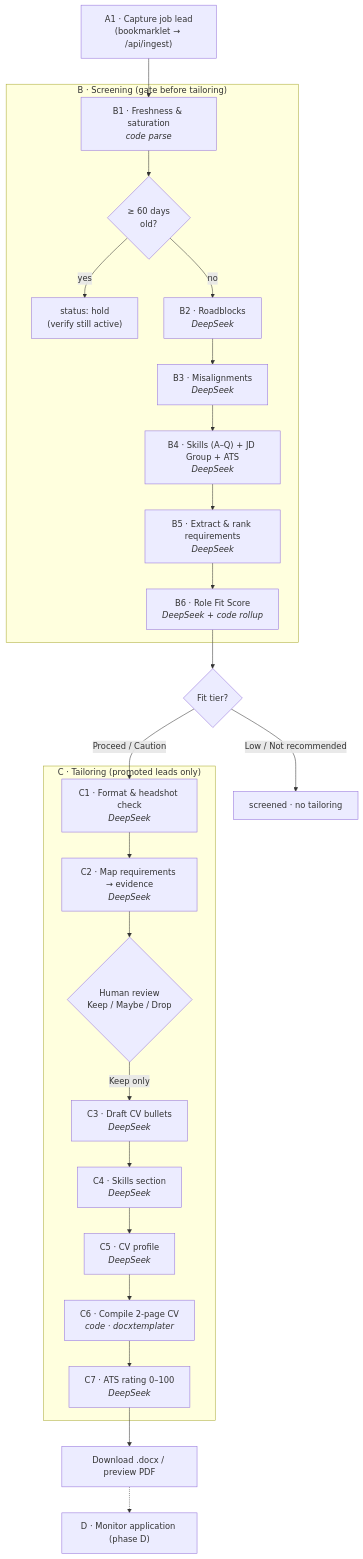
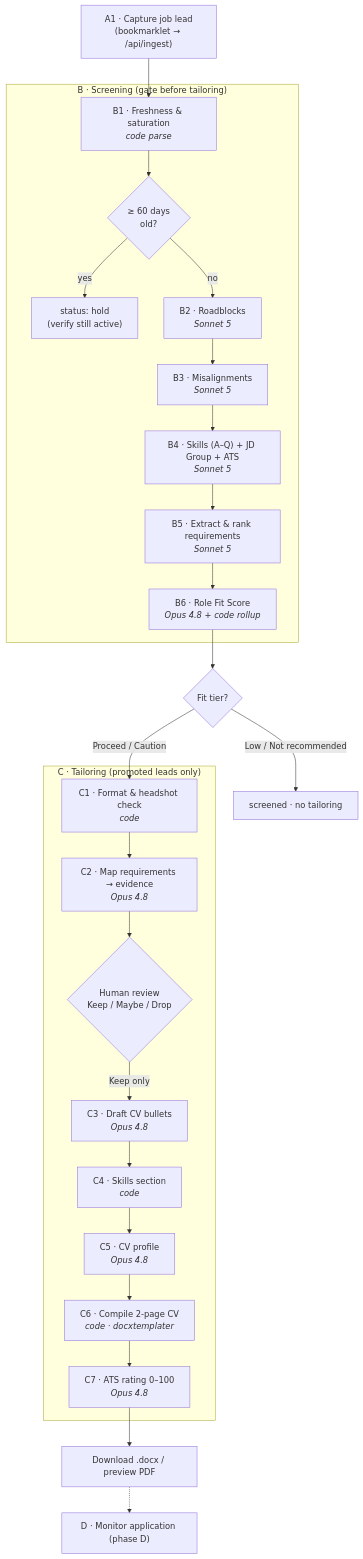
One commit to rjuun/JobSearchWkf changed the diagram in docs/PIPELINE.md. Above: the diagram before and after it, drawn with Mermaid. The commit also changed other lines of this file and 41 other files, not shown here.

````diff
--- a/docs/PIPELINE.md
+++ b/docs/PIPELINE.md
@@ -10,31 +10,31 @@
 ```mermaid
 flowchart TD
     A1["A1 · Capture job lead<br/>(bookmarklet → /api/ingest)"] --> B1
 
     subgraph B["B · Screening (gate before tailoring)"]
         B1["B1 · Freshness & saturation<br/><i>code parse</i>"] --> G1{"≥ 60 days<br/>old?"}
         G1 -- yes --> HOLD["status: hold<br/>(verify still active)"]
-        G1 -- no --> B2["B2 · Roadblocks<br/><i>DeepSeek</i>"]
-        B2 --> B3["B3 · Misalignments<br/><i>DeepSeek</i>"]
-        B3 --> B4["B4 · Skills (A–Q) + JD Group + ATS<br/><i>DeepSeek</i>"]
-        B4 --> B5["B5 · Extract & rank requirements<br/><i>DeepSeek</i>"]
-        B5 --> B6["B6 · Role Fit Score<br/><i>DeepSeek + code rollup</i>"]
+        G1 -- no --> B2["B2 · Roadblocks<br/><i>Sonnet 5</i>"]
+        B2 --> B3["B3 · Misalignments<br/><i>Sonnet 5</i>"]
+        B3 --> B4["B4 · Skills (A–Q) + JD Group + ATS<br/><i>Sonnet 5</i>"]
+        B4 --> B5["B5 · Extract & rank requirements<br/><i>Sonnet 5</i>"]
+        B5 --> B6["B6 · Role Fit Score<br/><i>Opus 4.8 + code rollup</i>"]
     end
 
     B6 --> G2{"Fit tier?"}
     G2 -- "Low / Not recommended" --> STOP["screened · no tailoring"]
     G2 -- "Proceed / Caution" --> C1
 
     subgraph C["C · Tailoring (promoted leads only)"]
-        C1["C1 · Format & headshot check<br/><i>DeepSeek</i>"] --> C2["C2 · Map requirements → evidence<br/><i>DeepSeek</i>"]
+        C1["C1 · Format & headshot check<br/><i>code</i>"] --> C2["C2 · Map requirements → evidence<br/><i>Opus 4.8</i>"]
         C2 --> HITL{"Human review<br/>Keep / Maybe / Drop"}
-        HITL -- "Keep only" --> C3["C3 · Draft CV bullets<br/><i>DeepSeek</i>"]
-        C3 --> C4["C4 · Skills section<br/><i>DeepSeek</i>"]
-        C4 --> C5["C5 · CV profile<br/><i>DeepSeek</i>"]
+        HITL -- "Keep only" --> C3["C3 · Draft CV bullets<br/><i>Opus 4.8</i>"]
+        C3 --> C4["C4 · Skills section<br/><i>code</i>"]
+        C4 --> C5["C5 · CV profile<br/><i>Opus 4.8</i>"]
         C5 --> C6["C6 · Compile 2-page CV<br/><i>code · docxtemplater</i>"]
-        C6 --> C7["C7 · ATS rating 0–100<br/><i>DeepSeek</i>"]
+        C6 --> C7["C7 · ATS rating 0–100<br/><i>Opus 4.8</i>"]
     end
 
     C7 --> DL["Download .docx / preview PDF"]
     DL -.-> D["D · Monitor application (phase D)"]
 ```
````
